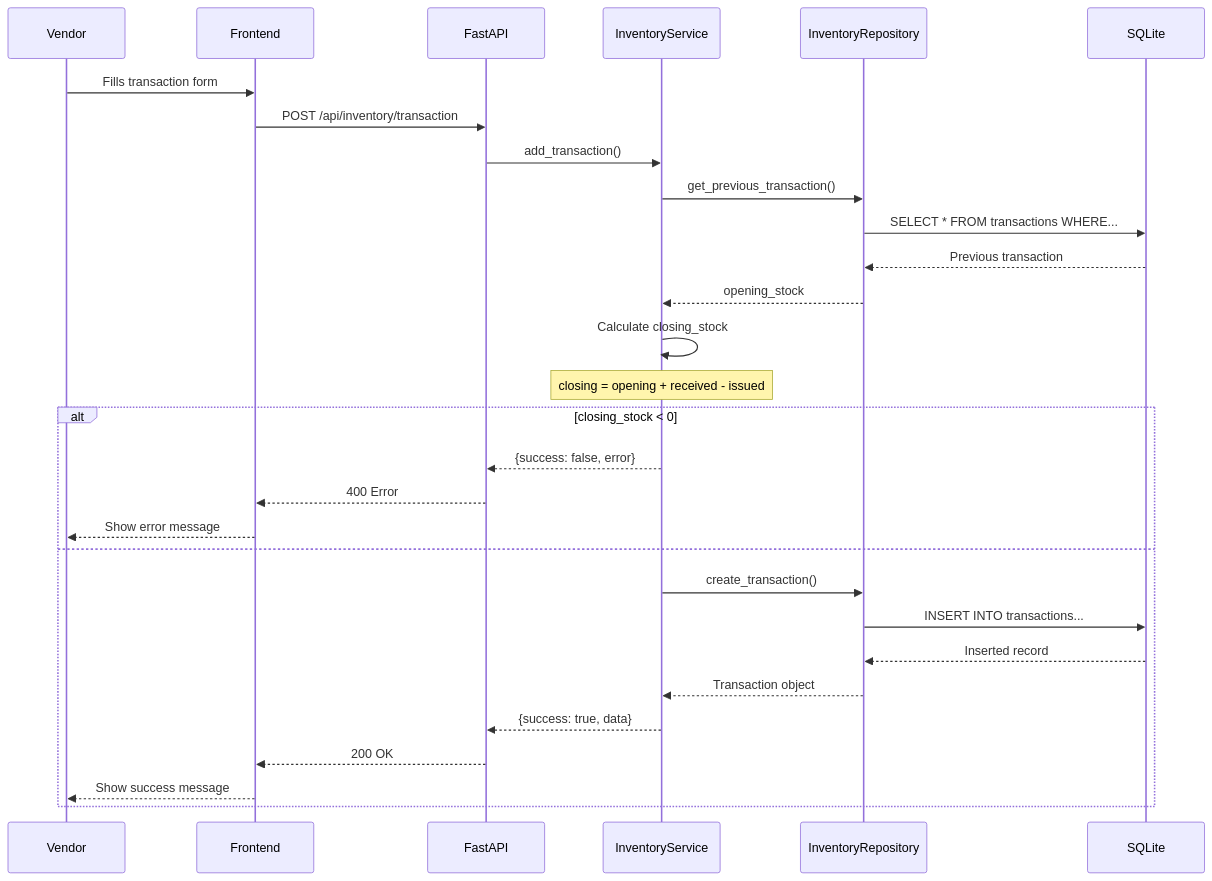
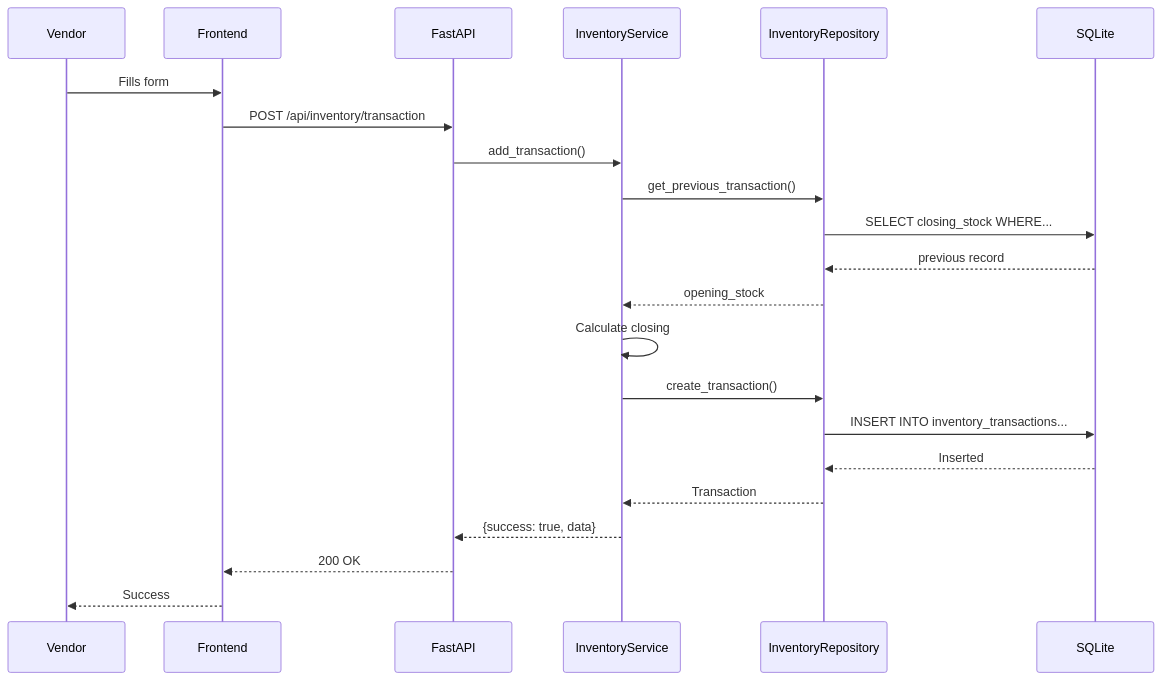
Before and after one commit to Sayandip05/smart-inventory-assistant: the first of 3 diagrams in docs/LLD.md, drawn with Mermaid. The commit also changed other lines of this file and 13 other files, not shown here.

````diff
--- a/docs/LLD.md
+++ b/docs/LLD.md
@@ -696,34 +392,25 @@
 ```mermaid
 sequenceDiagram
     participant U as Vendor
     participant F as Frontend
     participant API as FastAPI
     participant S as InventoryService
     participant R as InventoryRepository
     participant DB as SQLite
 
-    U->>F: Fills transaction form
+    U->>F: Fills form
     F->>API: POST /api/inventory/transaction
     API->>S: add_transaction()
     S->>R: get_previous_transaction()
-    R->>DB: SELECT * FROM transactions WHERE...
-    DB-->>R: Previous transaction
+    R->>DB: SELECT closing_stock WHERE...
+    DB-->>R: previous record
     R-->>S: opening_stock
-    
-    S->>S: Calculate closing_stock
-    Note over S: closing = opening + received - issued
-    
-    alt closing_stock < 0
-        S-->>API: {success: false, error}
-        API-->>F: 400 Error
-        F-->>U: Show error message
-    else
-        S->>R: create_transaction()
-        R->>DB: INSERT INTO transactions...
-        DB-->>R: Inserted record
-        R-->>S: Transaction object
-        S-->>API: {success: true, data}
-        API-->>F: 200 OK
-        F-->>U: Show success message
-    end
+    S->>S: Calculate closing
+    S->>R: create_transaction()
+    R->>DB: INSERT INTO inventory_transactions...
+    DB-->>R: Inserted
+    R-->>S: Transaction
+    S-->>API: {success: true, data}
+    API-->>F: 200 OK
+    F-->>U: Success
 ```
````
